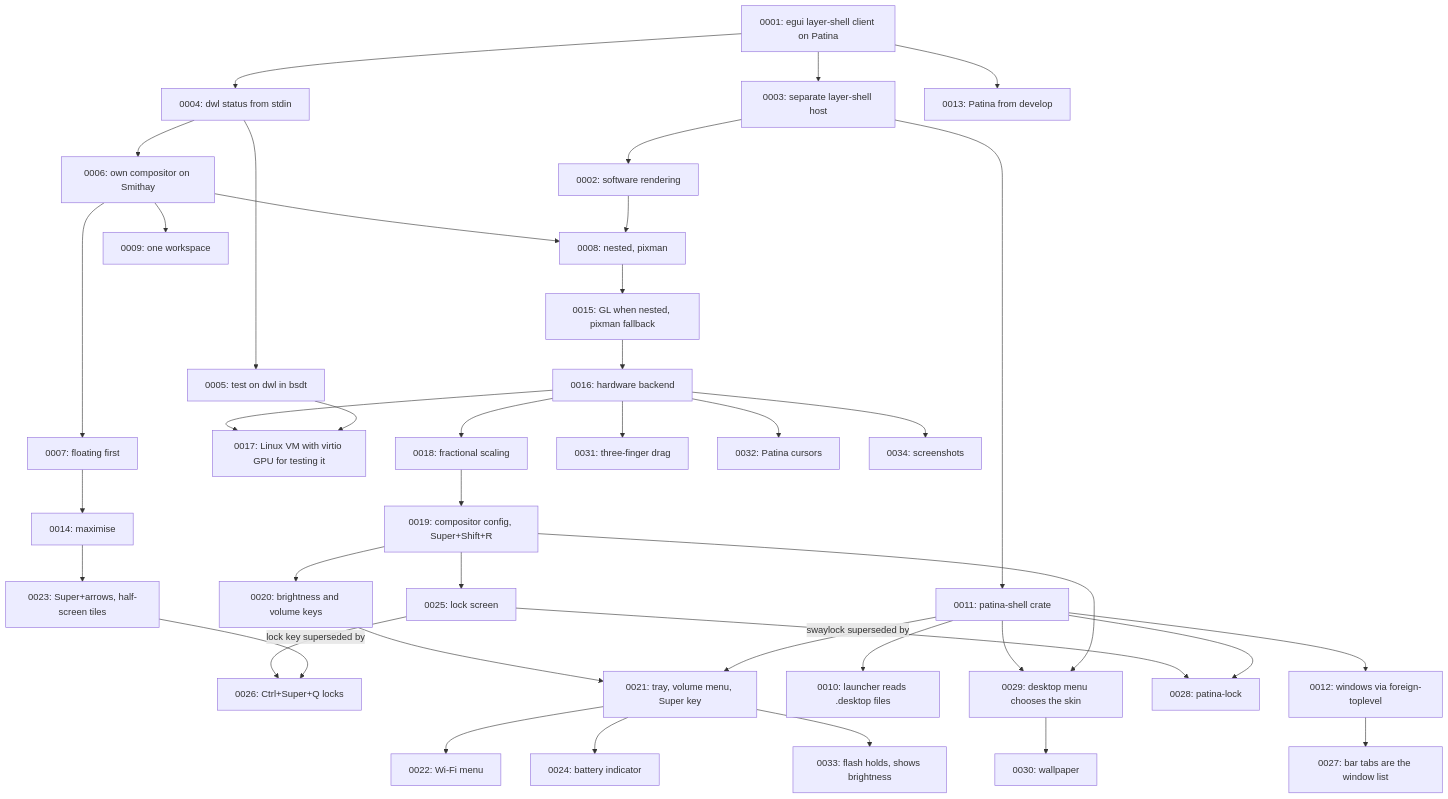
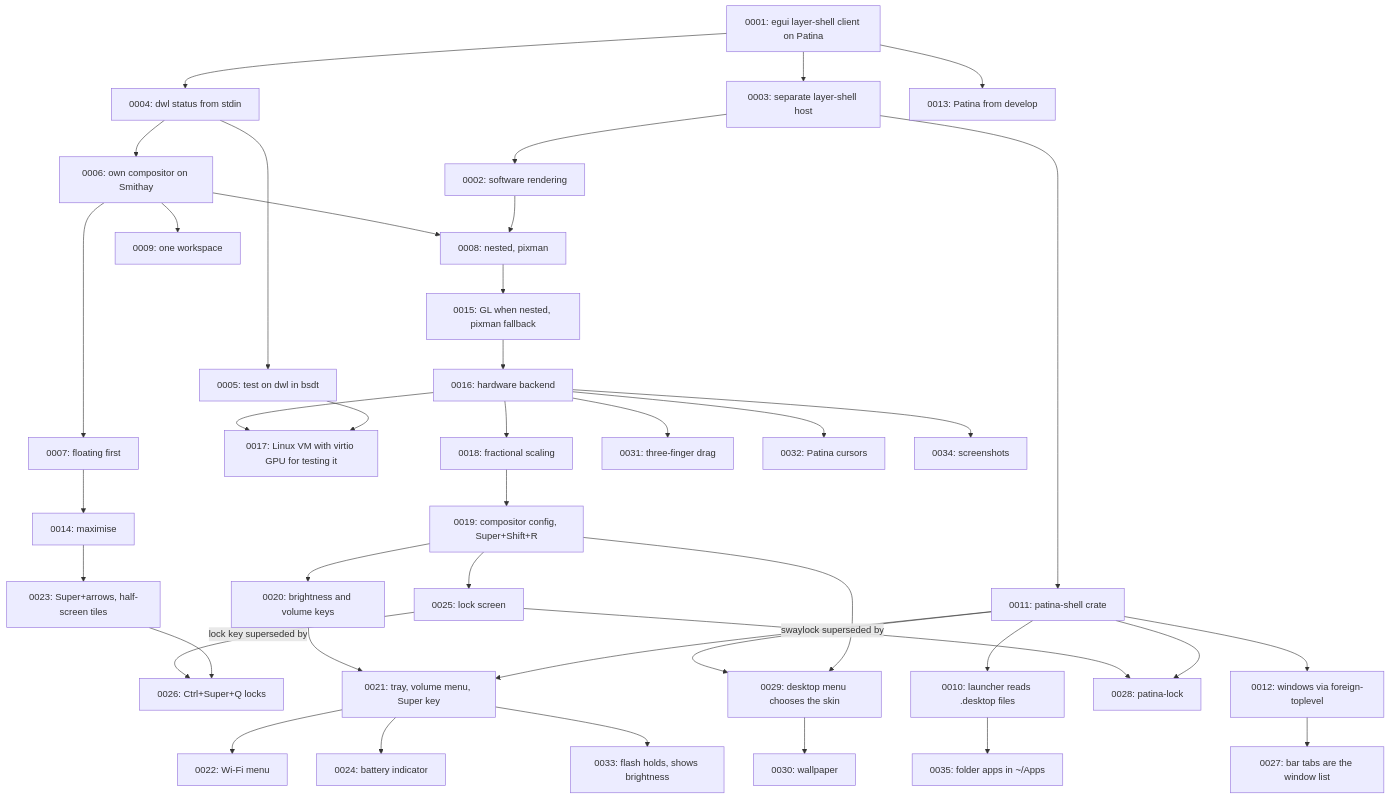
One commit to Sector-F-Labs/patina-desktop changed the diagram in docs/adr/README.md. Above: the diagram before and after it, drawn with Mermaid. The commit also changed other lines of this file and 8 other files, not shown here.

First line of the commit message:
The launcher lists folder apps in ~/Apps

````diff
--- a/docs/adr/README.md
+++ b/docs/adr/README.md
@@ -82,42 +83,43 @@
 ```mermaid
 flowchart TD
     A[0001: egui layer-shell client on Patina] --> B[0003: separate layer-shell host]
     B --> C[0002: software rendering]
     A --> D[0004: dwl status from stdin]
     D --> E[0005: test on dwl in bsdt]
     D --> F[0006: own compositor on Smithay]
     F --> G[0007: floating first]
     G --> N[0014: maximise]
     N --> W[0023: Super+arrows, half-screen tiles]
     F --> H[0008: nested, pixman]
     H --> O[0015: GL when nested, pixman fallback]
     O --> P[0016: hardware backend]
     P --> Q[0017: Linux VM with virtio GPU for testing it]
     P --> R[0018: fractional scaling]
     R --> S[0019: compositor config, Super+Shift+R]
     S --> T[0020: brightness and volume keys]
     S --> Y[0025: lock screen]
     Y -->|lock key superseded by| Z[0026: Ctrl+Super+Q locks]
     W --> Z
     T --> U[0021: tray, volume menu, Super key]
     U --> V[0022: Wi-Fi menu]
     U --> X[0024: battery indicator]
     K --> U
     E --> Q
     C --> H
     F --> I[0009: one workspace]
     B --> K[0011: patina-shell crate]
     K --> J[0010: launcher reads .desktop files]
     K --> L[0012: windows via foreign-toplevel]
     L --> AA[0027: bar tabs are the window list]
     Y -->|swaylock superseded by| AB[0028: patina-lock]
     K --> AB
     K --> AC[0029: desktop menu chooses the skin]
     S --> AC
     AC --> AD[0030: wallpaper]
     P --> AE[0031: three-finger drag]
     P --> AF[0032: Patina cursors]
     U --> AG[0033: flash holds, shows brightness]
     P --> AH[0034: screenshots]
+    J --> AI[0035: folder apps in ~/Apps]
     A --> M[0013: Patina from develop]
 ```
````
